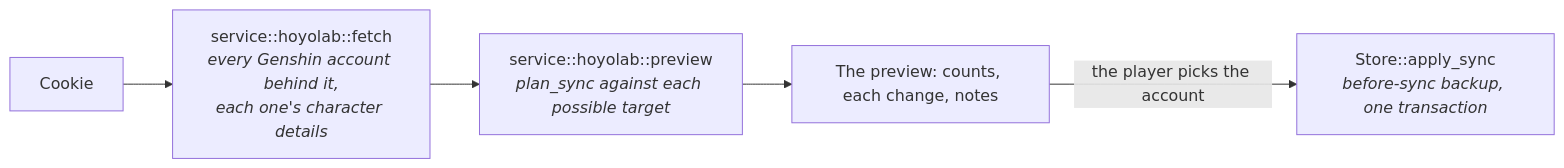
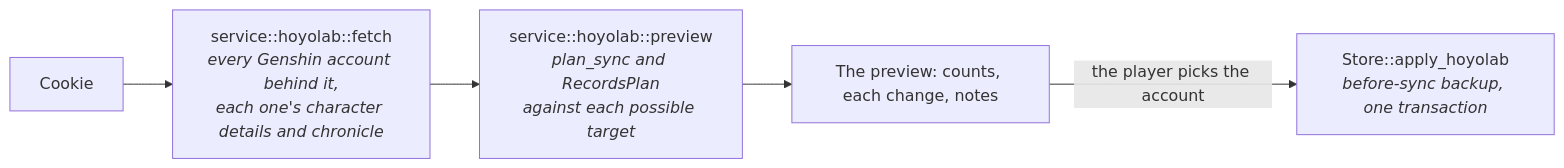
The third of 3 diagrams in docs/architecture/imports.md (Deltouille/genshin-companion-rust), drawn with Mermaid before and after one commit. The commit also changed other lines of this file and 79 other files, not shown here.

````diff
--- a/docs/architecture/imports.md
+++ b/docs/architecture/imports.md
@@ -125,7 +129,7 @@
 ```mermaid
 graph LR
-    cookie["Cookie"] --> fetch["service::hoyolab::fetch<br/><i>every Genshin account behind it,<br/>each one's character details</i>"]
-    fetch --> preview["service::hoyolab::preview<br/><i>plan_sync against each possible target</i>"]
+    cookie["Cookie"] --> fetch["service::hoyolab::fetch<br/><i>every Genshin account behind it,<br/>each one's character details and chronicle</i>"]
+    fetch --> preview["service::hoyolab::preview<br/><i>plan_sync and RecordsPlan<br/>against each possible target</i>"]
     preview --> dialog["The preview: counts, each change, notes"]
-    dialog -->|"the player picks the account"| apply["Store::apply_sync<br/><i>before-sync backup, one transaction</i>"]
+    dialog -->|"the player picks the account"| apply["Store::apply_hoyolab<br/><i>before-sync backup, one transaction</i>"]
 ```
````
